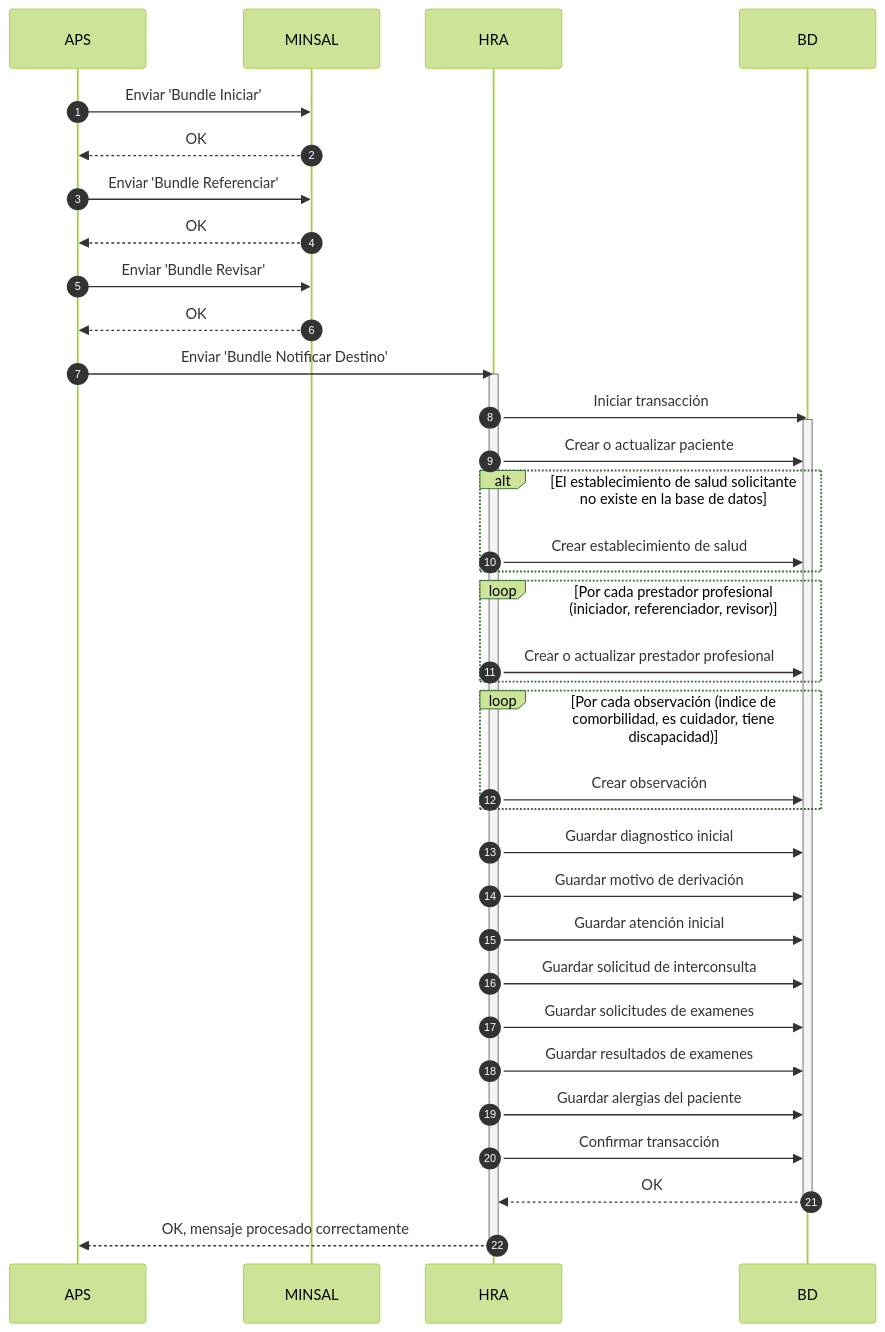
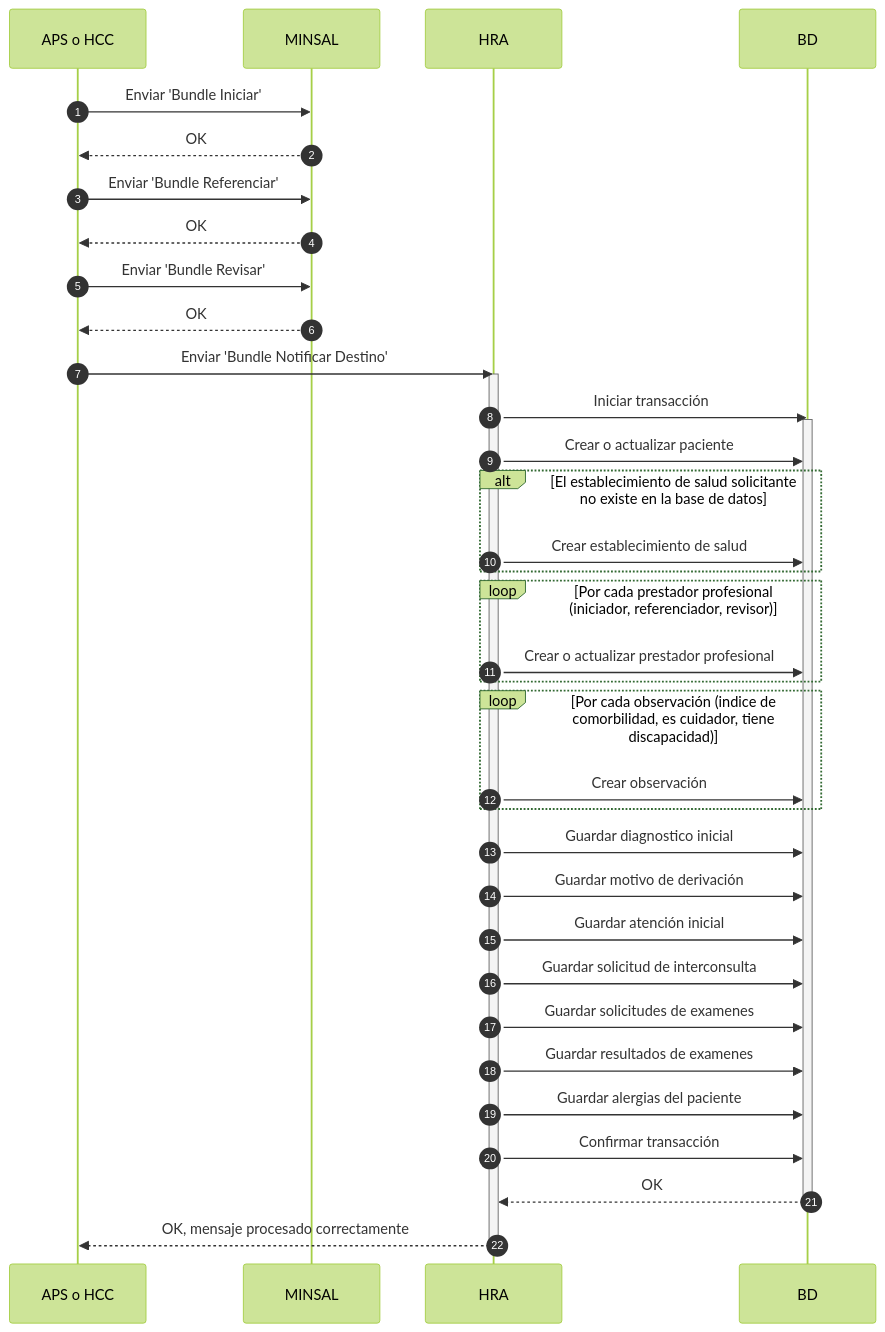
The diagram in docs/workflows/recibir-sic-desde-aps-o-hcc.mmd (chris-f23/diagramas-fhir-tei), drawn with Mermaid before and after one commit.

Commit message:
Corrige nombre de participante "APS" a "APS o HCC"

```diff
--- a/docs/workflows/recibir-sic-desde-aps-o-hcc.mmd
+++ b/docs/workflows/recibir-sic-desde-aps-o-hcc.mmd
@@ -1,63 +1,63 @@
 ---
 config:
   theme: forest
 ---
 
 sequenceDiagram
 
 autonumber
 
-participant A as APS
+participant A as APS o HCC
 participant M as MINSAL
 participant H as HRA
 participant BD as BD
 
 A ->> M: Enviar 'Bundle Iniciar'
 M -->> A: OK
 
 A ->> M: Enviar 'Bundle Referenciar'
 M -->> A: OK
 
 A ->> M: Enviar 'Bundle Revisar'
 M -->> A: OK
 
 A ->> H: Enviar 'Bundle Notificar Destino'
 activate H
 %% H -->>A: OK, mensaje recibido y procesando en segundo plano
 
 H ->> BD: Iniciar transacción
 activate BD
 H ->> BD: Crear o actualizar paciente
 
 alt El establecimiento de salud solicitante no existe en la base de datos
   H ->> BD: Crear establecimiento de salud
 end
 
 loop Por cada prestador profesional (iniciador, referenciador, revisor)
   H ->> BD: Crear o actualizar prestador profesional
 end
 
 loop Por cada observación (indice de comorbilidad, es cuidador, tiene discapacidad)
   H ->> BD: Crear observación
 end
 
 H ->> BD: Guardar diagnostico inicial
 
 H ->> BD: Guardar motivo de derivación
 
 H ->> BD: Guardar atención inicial
 
 H ->> BD: Guardar solicitud de interconsulta
 
 H ->> BD: Guardar solicitudes de examenes
 
 H ->> BD: Guardar resultados de examenes
 
 H ->> BD: Guardar alergias del paciente
 H ->> BD: Confirmar transacción
 
 BD -->> H: OK
 deactivate BD
 
 H -->> A: OK, mensaje procesado correctamente
 deactivate H
```
